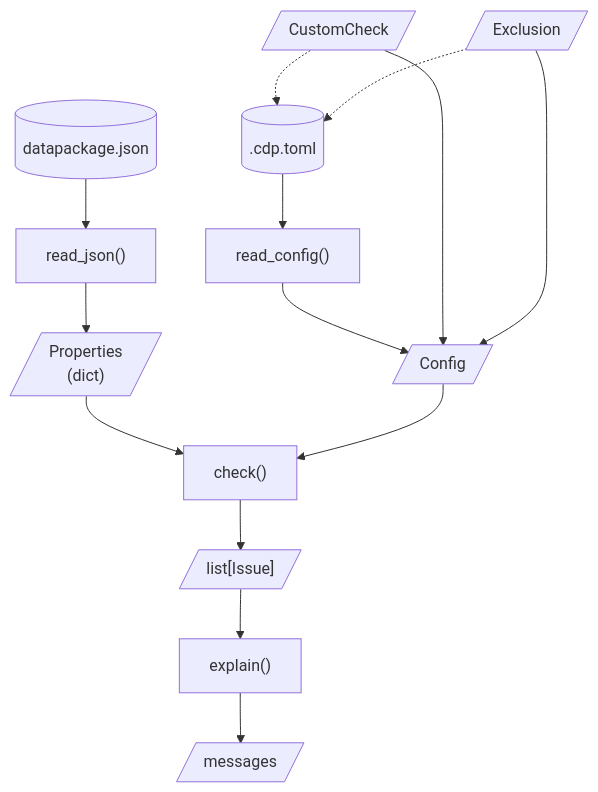
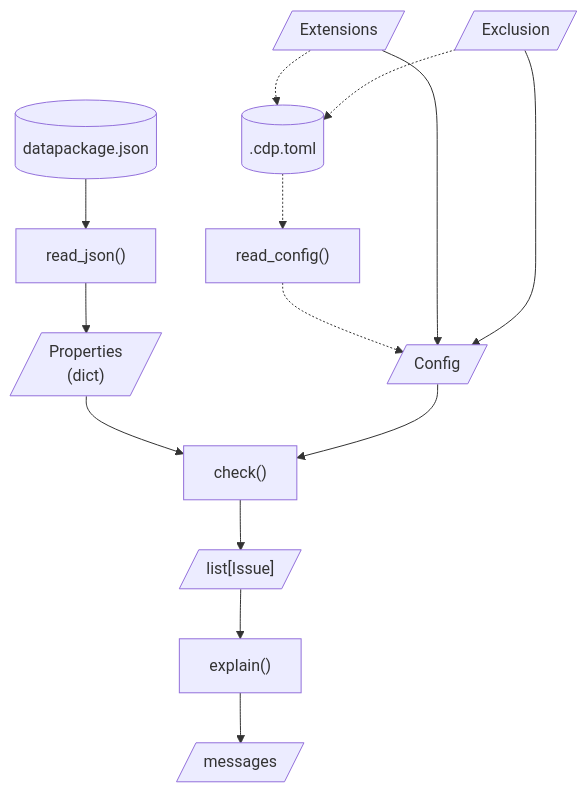
Before and after one commit to seedcase-project/check-datapackage: the diagram in docs/design/interface.qmd, drawn with Mermaid. The commit also changed other lines of this file and 2 other files, not shown here.

````diff
--- a/docs/design/interface.qmd
+++ b/docs/design/interface.qmd
@@ -221,28 +214,28 @@
 ```{mermaid}
 %%| label: fig-interface-flow
-%%| fig-cap: "Flow of functions and classes when using `check-datapackage`."
+%%| fig-cap: "Flow of inputs and outputs through the functions and classes of `check-datapackage`."
 %%| fig-alt: "A flowchart showing the flow of using `check-datapackage`, starting with reading the `datapackage.json` and `.cdp.toml` files, then checking the properties with the config, and finally explaining any issues found."
 flowchart TD
     descriptor_file[(datapackage.json)]
     read_json["read_json()"]
     properties[/"Properties<br>(dict)"/]
 
     config_file[(.cdp.toml)]
     read_config["read_config()"]
 
     config[/Config/]
-    custom_check[/CustomCheck/]
+    extensions[/Extensions/]
     exclusion[/Exclusion/]
     check["check()"]
     issues[/"list[Issue]"/]
 
     explain["explain()"]
     messages[/messages/]
 
     descriptor_file --> read_json --> properties
-    config_file --> read_config --> config
-    custom_check & exclusion --> config
-    custom_check & exclusion -.-> config_file
+    config_file -.-> read_config -.-> config
+    extensions & exclusion --> config
+    extensions & exclusion -.-> config_file
 
     properties & config --> check --> issues --> explain --> messages
 ```
````
